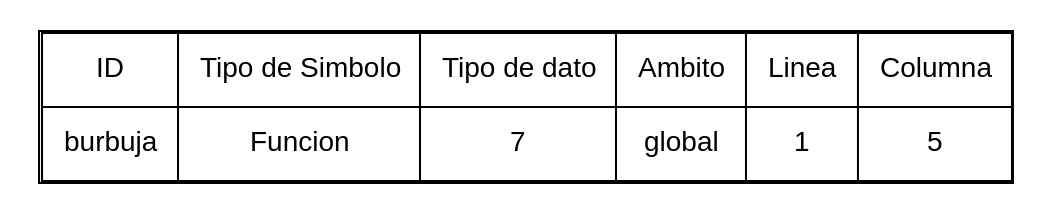
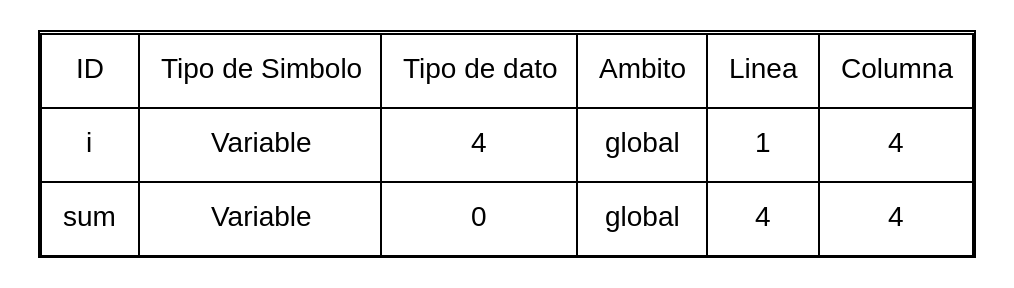
One commit to Noel1903/OLC2_P12S201900822 changed the diagram in reports/graphTable.dot. Above: the diagram before and after it, drawn with Graphviz. The commit also changed 4 other files, not shown here.

```diff
--- a/reports/graphTable.dot
+++ b/reports/graphTable.dot
@@ -1,9 +1,9 @@
 
 digraph G{
 fontname="Helvetica,Arial,sans-serif";
 node [fontname="Helvetica,Arial,sans-serif"];
 a0 [shape=none label=<
 <TABLE border="1" cellspacing="0" cellpadding="10">
 <tr><td>ID</td><td>Tipo de Simbolo</td><td>Tipo de dato</td><td>Ambito</td><td>Linea</td><td>Columna</td></tr>
-<tr><td>burbuja</td><td>Funcion</td><td>7</td><td>global</td><td>1</td><td>5</td></tr></TABLE>>];
+<tr><td>i</td><td>Variable</td><td>4</td><td>global</td><td>1</td><td>4</td></tr><tr><td>sum</td><td>Variable</td><td>0</td><td>global</td><td>4</td><td>4</td></tr></TABLE>>];
 }
```
